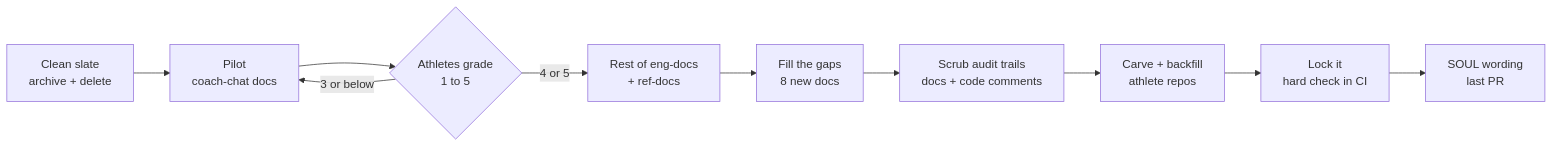
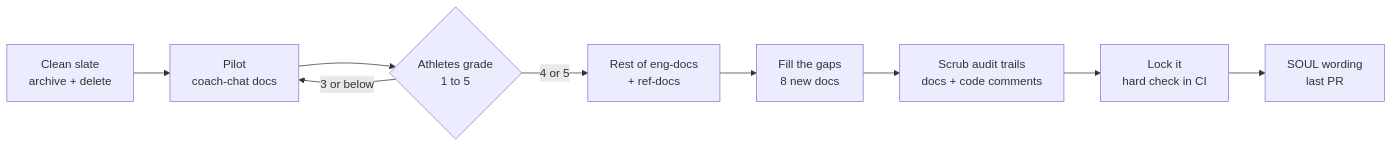
One commit to sibling-shipyard/coach-hq changed the diagram in docs/plans/doc-overhaul.md. Above: the diagram before and after it, drawn with Mermaid. The commit also changed other lines of this file and 8 other files, not shown here.

````diff
--- a/docs/plans/doc-overhaul.md
+++ b/docs/plans/doc-overhaul.md
@@ -22,12 +22,11 @@
 ```mermaid
 flowchart LR
   A["Clean slate<br/>archive + delete"] --> B["Pilot<br/>coach-chat docs"]
   B --> G{"Athletes grade<br/>1 to 5"}
   G -->|"3 or below"| B
   G -->|"4 or 5"| C["Rest of eng-docs<br/>+ ref-docs"]
   C --> D["Fill the gaps<br/>8 new docs"]
   D --> E["Scrub audit trails<br/>docs + code comments"]
-  E --> F["Carve + backfill<br/>athlete repos"]
-  F --> H["Lock it<br/>hard check in CI"]
+  E --> H["Lock it<br/>hard check in CI"]
   H --> I["SOUL wording<br/>last PR"]
 ```
````
